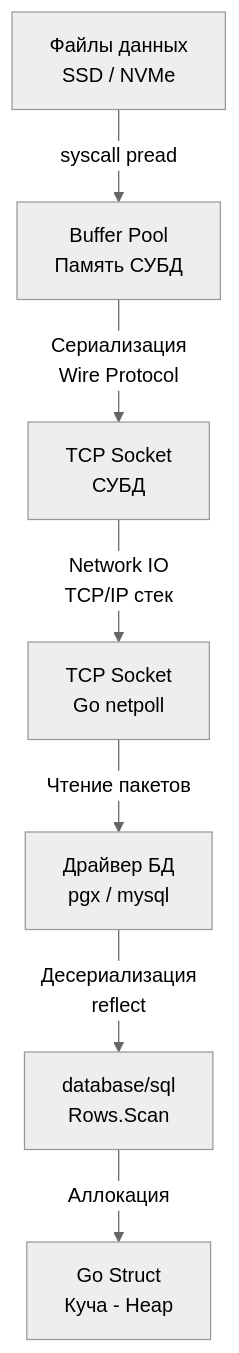
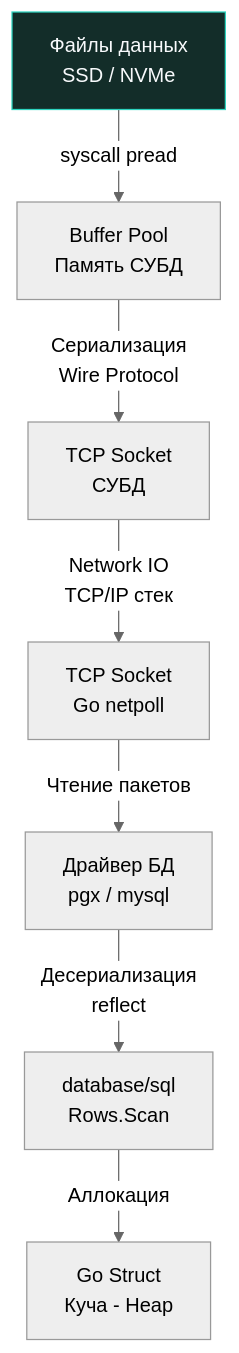
One commit to UnrealTemplier/go-textbook changed the diagram in sources/12. Базы данных/02. SQL базовый/2. SELECT. Основы.md. Above: the diagram before and after it, drawn with Mermaid (neutral theme). The commit also changed 1666 other files, not shown here.

First line of the commit message:
feat(mermaid): add semantic color classDef to 1369 colorless flowchart/graph diagrams

````diff
--- a/sources/12. Базы данных/02. SQL базовый/2. SELECT. Основы.md
+++ b/sources/12. Базы данных/02. SQL базовый/2. SELECT. Основы.md
@@ -45,9 +45,19 @@
 ```mermaid
 flowchart TD
-    DBDisk["Файлы данных<br>SSD / NVMe"] -->|"syscall pread"| DBMem["Buffer Pool<br>Память СУБД"]
+    classDef process  fill:#1e293b,stroke:#38bdf8,stroke-width:1px,color:#f8fafc
+    classDef success  fill:#064e3b,stroke:#34d399,stroke-width:1px,color:#f8fafc
+    classDef error    fill:#7f1d1d,stroke:#f87171,stroke-width:1px,color:#f8fafc
+    classDef warning  fill:#78350f,stroke:#fbbf24,stroke-width:1px,color:#f8fafc
+    classDef entry    fill:#1e3a5f,stroke:#38bdf8,stroke-width:2px,color:#f8fafc
+    classDef aux      fill:#334155,stroke:#64748b,stroke-width:1px,color:#f8fafc
+    classDef system   fill:#312e81,stroke:#a78bfa,stroke-width:1px,color:#f8fafc
+    classDef data     fill:#132d29,stroke:#2dd4bf,stroke-width:1px,color:#f8fafc
+    classDef network  fill:#881337,stroke:#fb7185,stroke-width:1px,color:#f8fafc
+    classDef accent   fill:#1e1b4b,stroke:#818cf8,stroke-width:1px,color:#f8fafc
+    DBDisk["Файлы данных<br>SSD / NVMe"]:::data -->|"syscall pread"| DBMem["Buffer Pool<br>Память СУБД"]
     DBMem -->|"Сериализация<br>Wire Protocol"| DBNet["TCP Socket<br>СУБД"]
     DBNet -->|"Network IO<br>TCP/IP стек"| GoNet["TCP Socket<br>Go netpoll"]
     GoNet -->|"Чтение пакетов"| GoDriver["Драйвер БД<br>pgx / mysql"]
     GoDriver -->|"Десериализация<br>reflect"| GoScan["database/sql<br>Rows.Scan"]
     GoScan -->|"Аллокация"| GoStruct["Go Struct<br>Куча - Heap"]
 ```
````
